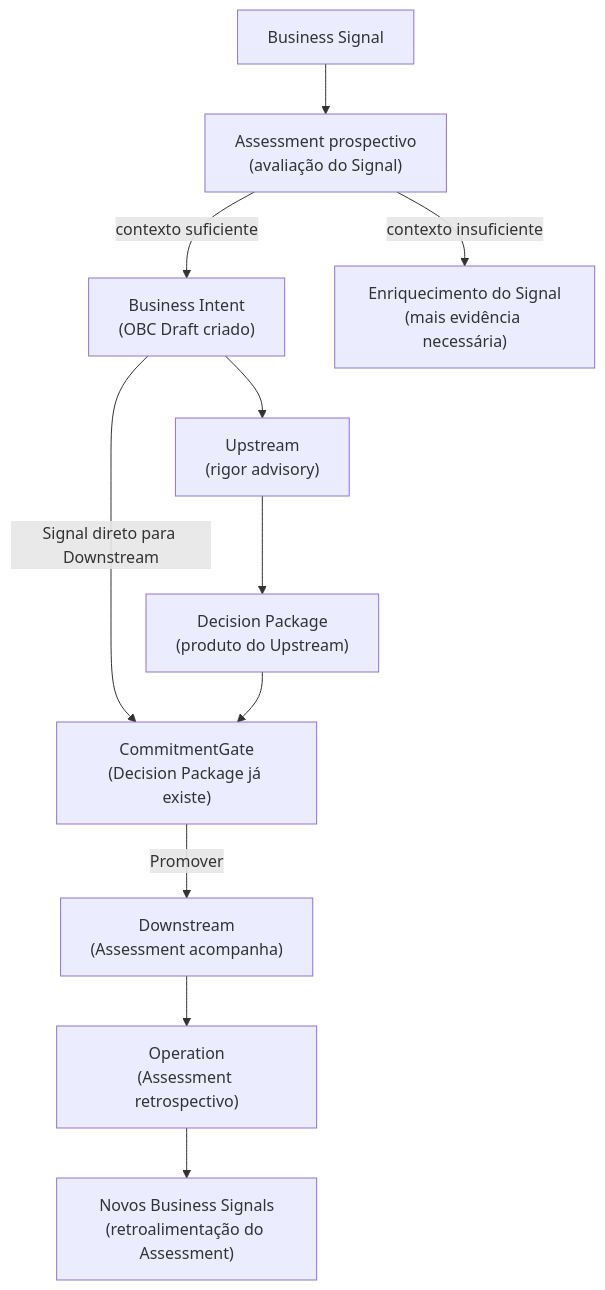
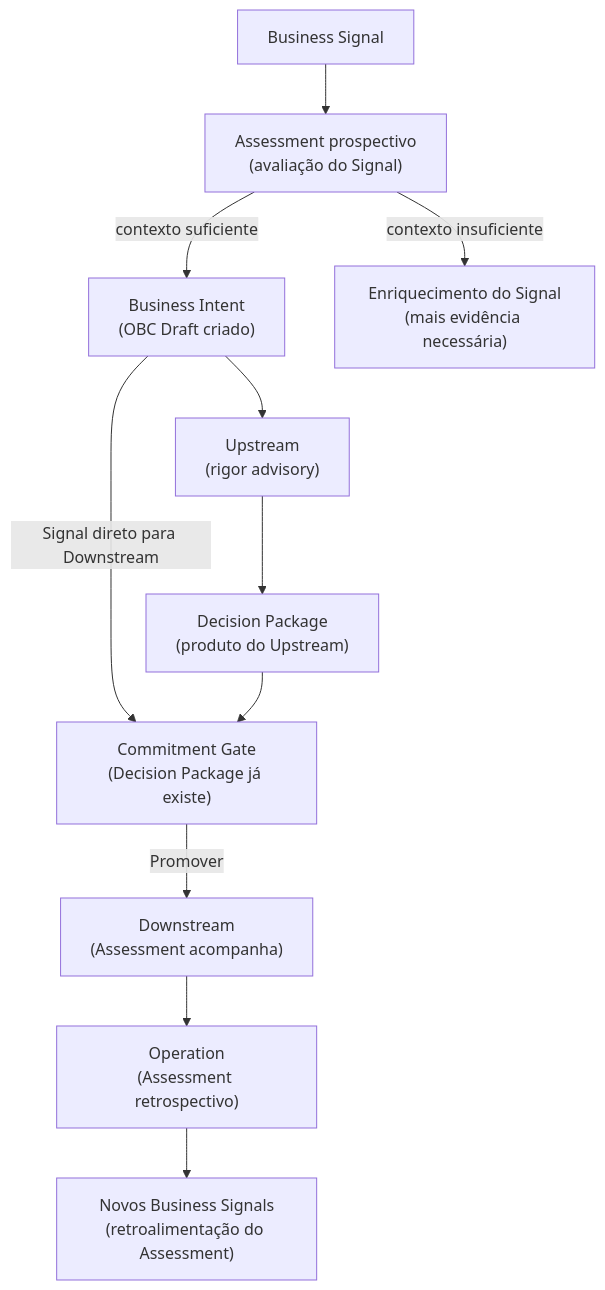
Before and after one commit to produtoreativo/from-intent-to-outcome: the second of 3 diagrams in capitulo-04.md, drawn with Mermaid. The commit also changed other lines of this file and 26 other files, not shown here.

````diff
--- a/capitulo-04.md
+++ b/capitulo-04.md
@@ -67,13 +67,13 @@
 ```mermaid
 graph TD
     BS["Business Signal"] --> A["Assessment prospectivo\n(avaliação do Signal)"]
     A --> |"contexto suficiente"| BI["Business Intent\n(OBC Draft criado)"]
     A --> |"contexto insuficiente"| EV["Enriquecimento do Signal\n(mais evidência necessária)"]
     BI --> UP["Upstream\n(rigor advisory)"]
-    BI --> |"Signal direto para Downstream"| CG["CommitmentGate\n(Decision Package já existe)"]
+    BI --> |"Signal direto para Downstream"| CG["Commitment Gate\n(Decision Package já existe)"]
     UP --> DP["Decision Package\n(produto do Upstream)"]
     DP --> CG
     CG --> |"Promover"| DS["Downstream\n(Assessment acompanha)"]
     DS --> OP["Operation\n(Assessment retrospectivo)"]
     OP --> NBS["Novos Business Signals\n(retroalimentação do Assessment)"]
 ```
````
